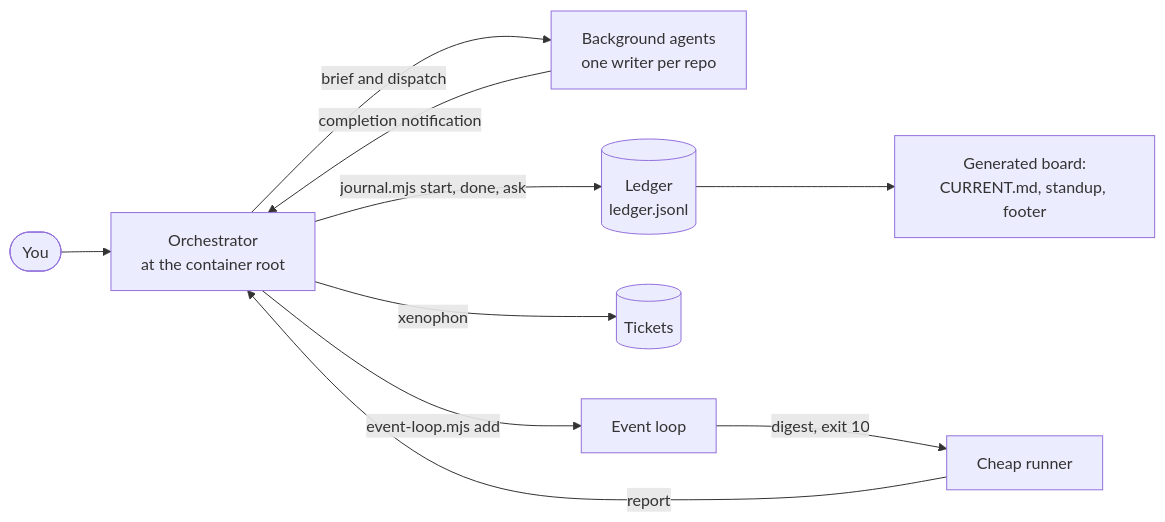
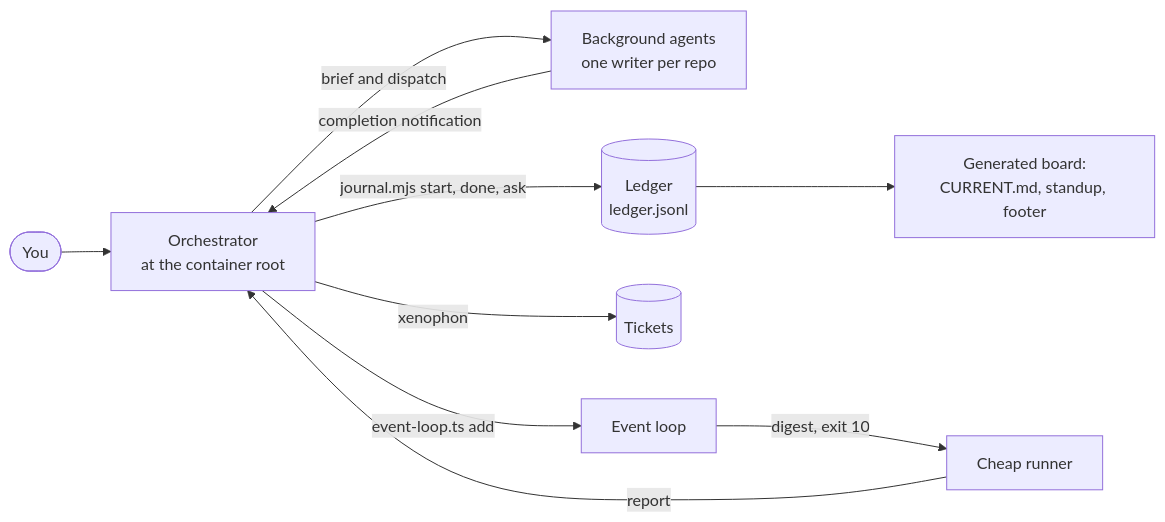
One commit to jackreichert/the-maestro changed the first of 6 diagrams in README.md. Above: the diagram before and after it, drawn with Mermaid. The commit also changed other lines of this file and 18 other files, not shown here.

````diff
--- a/README.md
+++ b/README.md
@@ -22,12 +22,12 @@
 ```mermaid
 flowchart LR
     You([You]) --> O[Orchestrator<br/>at the container root]
     O -- "brief and dispatch" --> A[Background agents<br/>one writer per repo]
     A -- "completion notification" --> O
     O -- "journal.mjs start, done, ask" --> L[(Ledger<br/>ledger.jsonl)]
     L --> B[Generated board:<br/>CURRENT.md, standup, footer]
     O -- "xenophon" --> T[(Tickets)]
-    O -- "event-loop.mjs add" --> E[Event loop]
+    O -- "event-loop.ts add" --> E[Event loop]
     E -- "digest, exit 10" --> R[Cheap runner]
     R -- "report" --> O
 ```
````
